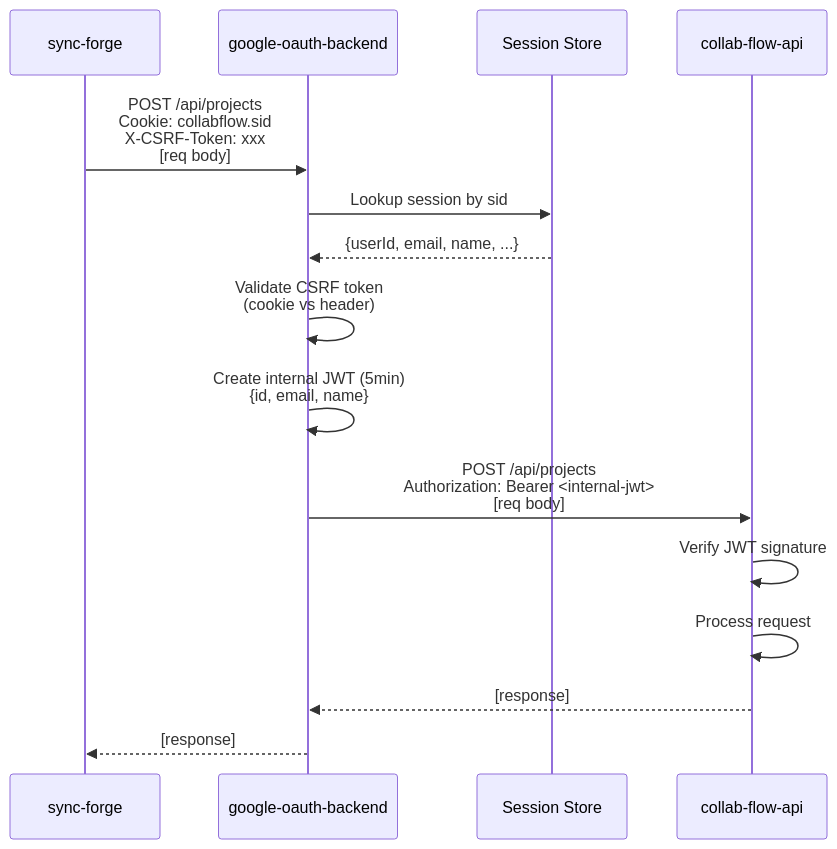
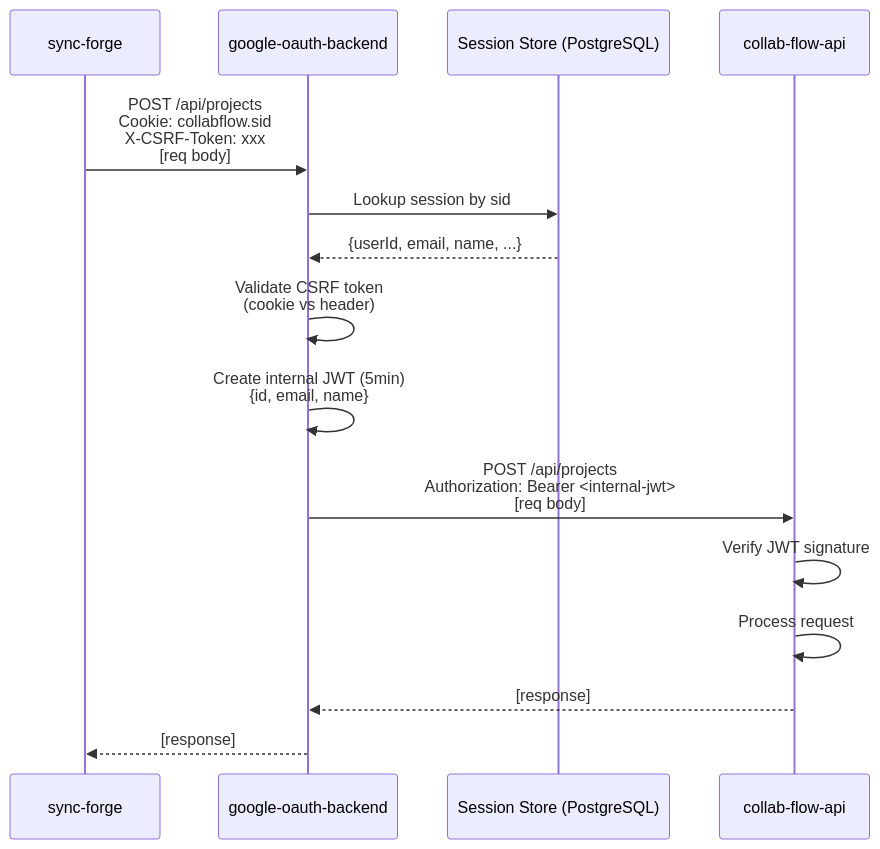
The fourth of 6 diagrams in SESSION_AUTH_DIAGRAMS.md (akronim/collab-flow), drawn with Mermaid before and after one commit. The commit also changed other lines of this file and 58 other files, not shown here.

````diff
--- a/SESSION_AUTH_DIAGRAMS.md
+++ b/SESSION_AUTH_DIAGRAMS.md
@@ -106,18 +118,18 @@
 ```mermaid
 sequenceDiagram
     participant FE as sync-forge
     participant GW as google-oauth-backend
-    participant SS as Session Store
+    participant SS as Session Store (PostgreSQL)
     participant API as collab-flow-api
 
     FE->>GW: POST /api/projects<br/>Cookie: collabflow.sid<br/>X-CSRF-Token: xxx<br/>[req body]
     GW->>SS: Lookup session by sid
     SS-->>GW: {userId, email, name, ...}
     GW->>GW: Validate CSRF token<br/>(cookie vs header)
     GW->>GW: Create internal JWT (5min)<br/>{id, email, name}
     GW->>API: POST /api/projects<br/>Authorization: Bearer <internal-jwt><br/>[req body]
     API->>API: Verify JWT signature
     API->>API: Process request
     API-->>GW: [response]
     GW-->>FE: [response]
 ```
````
